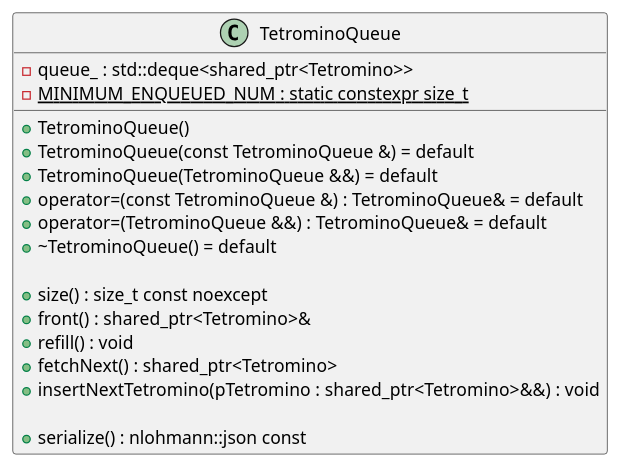
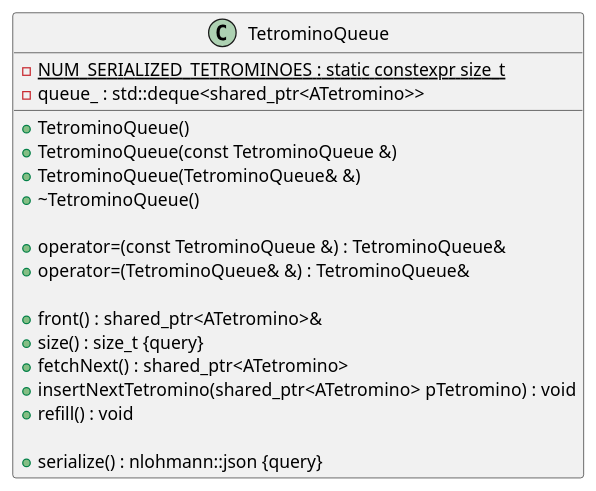
One commit to ulb-info2-group5/Royal-Blocks changed the diagram in doc/uml/class/game/tetris_lib/TetrominoQueueClass.plantuml. Above: the diagram before and after it, drawn with PlantUML. The commit also changed 74 other files, not shown here.

```diff
--- a/doc/uml/class/game/tetris_lib/TetrominoQueueClass.plantuml
+++ b/doc/uml/class/game/tetris_lib/TetrominoQueueClass.plantuml
@@ -2,21 +2,22 @@
 @startuml (id=TetrominoQueue)
 class TetrominoQueue {
-    - queue_ : std::deque<shared_ptr<Tetromino>>
-    - {static} MINIMUM_ENQUEUED_NUM : static constexpr size_t
-   
-    + TetrominoQueue()
-    + TetrominoQueue(const TetrominoQueue &) = default
-    + TetrominoQueue(TetrominoQueue &&) = default
-    + operator=(const TetrominoQueue &) : TetrominoQueue& = default
-    + operator=(TetrominoQueue &&) : TetrominoQueue& = default
-    + ~TetrominoQueue() = default
+	-{static} NUM_SERIALIZED_TETROMINOES : static constexpr size_t
+	-queue_ : std::deque<shared_ptr<ATetromino>>
 
-    + size() : size_t const noexcept
-    + front() : shared_ptr<Tetromino>&
-    + refill() : void
-    + fetchNext() : shared_ptr<Tetromino>
-    + insertNextTetromino(pTetromino : shared_ptr<Tetromino>&&) : void
-    
-    + serialize() : nlohmann::json const
+	+TetrominoQueue()
+	+TetrominoQueue(const TetrominoQueue &)
+	+TetrominoQueue(TetrominoQueue& &)
+	+~TetrominoQueue()
+
+	+operator=(const TetrominoQueue &) : TetrominoQueue&
+	+operator=(TetrominoQueue& &) : TetrominoQueue&
+
+	+front() : shared_ptr<ATetromino>&
+	+size() : size_t {query}
+	+fetchNext() : shared_ptr<ATetromino>
+	+insertNextTetromino(shared_ptr<ATetromino> pTetromino) : void
+	+refill() : void
+
+	+serialize() : nlohmann::json {query}
 }
 @enduml
```
